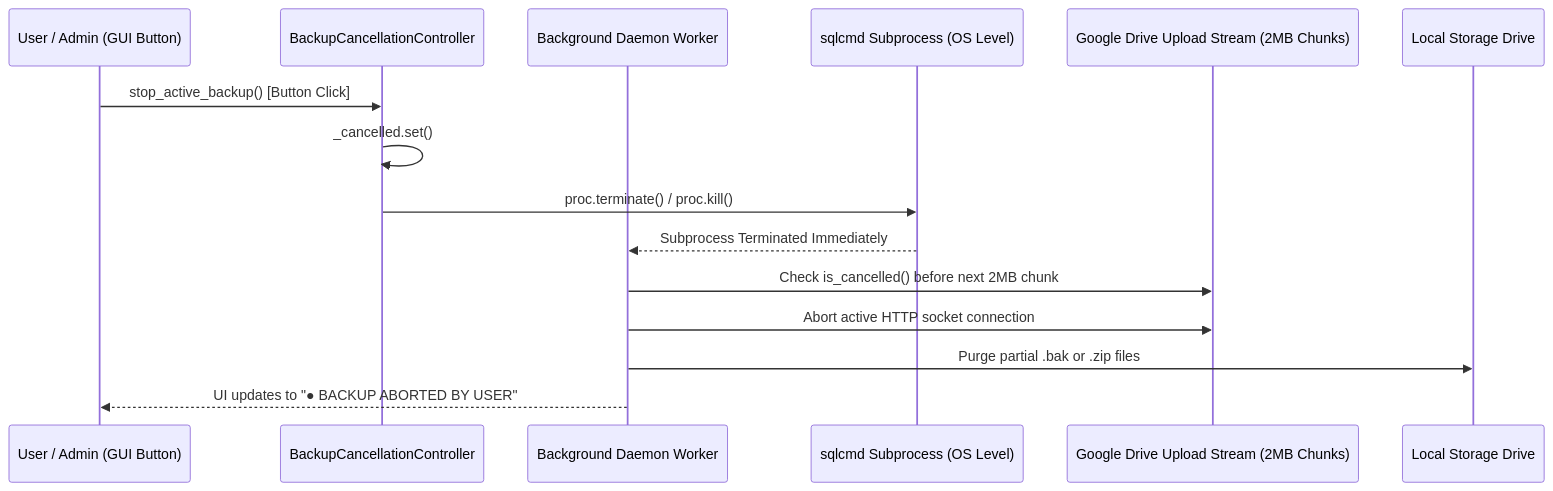
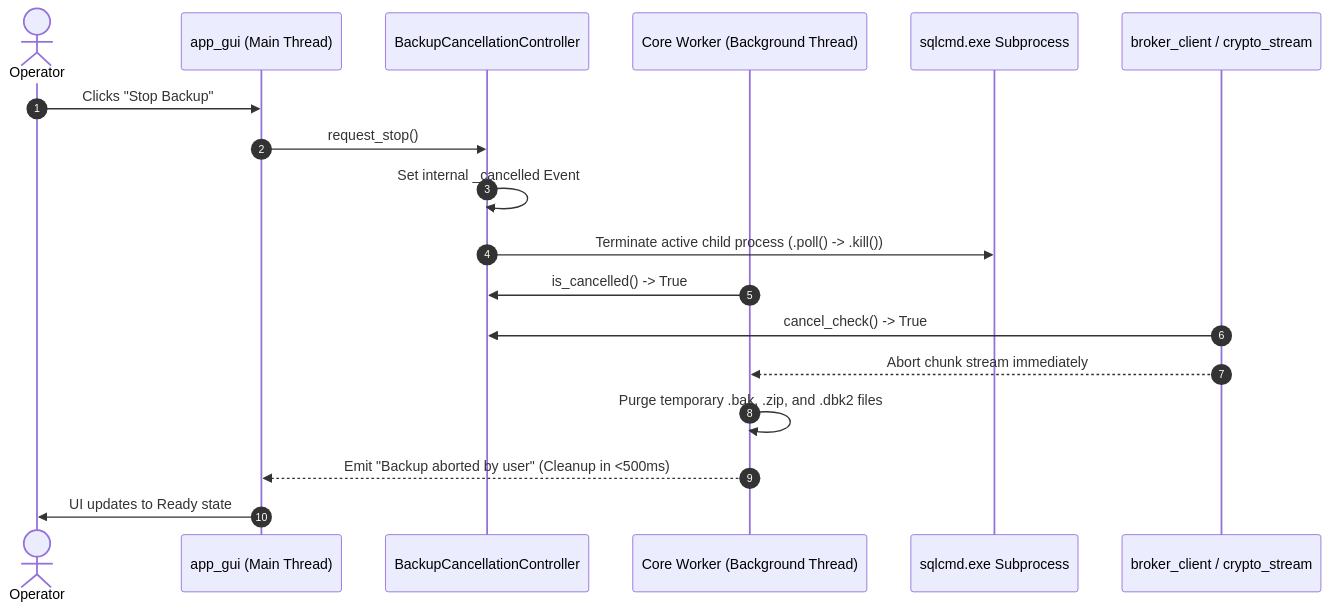
The second of 2 diagrams in SYSTEM_ARCHITECTURE_AND_CODE_GUIDE.md (dulnindu123/Database-Backup-Automation), drawn with Mermaid before and after one commit. The commit also changed other lines of this file and 44 other files, not shown here.

Commit message:
feat: v4.0.0 zero-trust architecture, multi-tab UI specs, server health monitoring, and test suite

````diff
--- a/SYSTEM_ARCHITECTURE_AND_CODE_GUIDE.md
+++ b/SYSTEM_ARCHITECTURE_AND_CODE_GUIDE.md
@@ -539,18 +802,21 @@
 ```mermaid
 sequenceDiagram
-    participant User as User / Admin (GUI Button)
+    autonumber
+    actor Operator
+    participant GUI as app_gui (Main Thread)
     participant Ctrl as BackupCancellationController
-    participant Worker as Background Daemon Worker
-    participant SQL as sqlcmd Subprocess (OS Level)
-    participant Cloud as Google Drive Upload Stream (2MB Chunks)
-    participant Disk as Local Storage Drive
+    participant Worker as Core Worker (Background Thread)
+    participant Subproc as sqlcmd.exe Subprocess
+    participant Stream as broker_client / crypto_stream
 
-    User->>Ctrl: stop_active_backup() [Button Click]
-    Ctrl->>Ctrl: _cancelled.set()
-    Ctrl->>SQL: proc.terminate() / proc.kill()
-    SQL-->>Worker: Subprocess Terminated Immediately
-    Worker->>Cloud: Check is_cancelled() before next 2MB chunk
-    Worker->>Cloud: Abort active HTTP socket connection
-    Worker->>Disk: Purge partial .bak or .zip files
-    Worker-->>User: UI updates to "● BACKUP ABORTED BY USER"
+    Operator->>GUI: Clicks "Stop Backup"
+    GUI->>Ctrl: request_stop()
+    Ctrl->>Ctrl: Set internal _cancelled Event
+    Ctrl->>Subproc: Terminate active child process (.poll() -> .kill())
+    Worker->>Ctrl: is_cancelled() -> True
+    Stream->>Ctrl: cancel_check() -> True
+    Stream-->>Worker: Abort chunk stream immediately
+    Worker->>Worker: Purge temporary .bak, .zip, and .dbk2 files
+    Worker-->>GUI: Emit "Backup aborted by user" (Cleanup in <500ms)
+    GUI->>Operator: UI updates to Ready state
 ```
````
